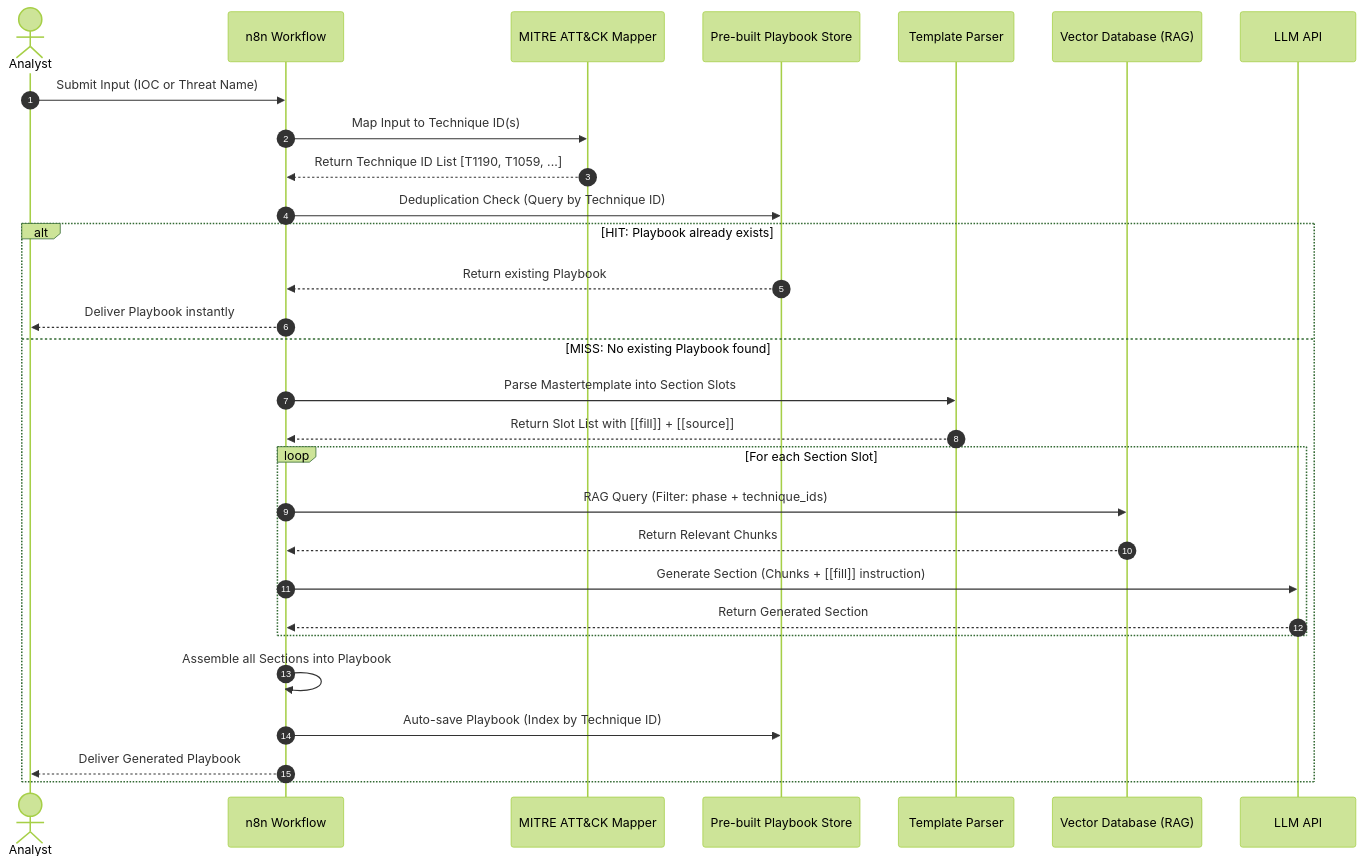
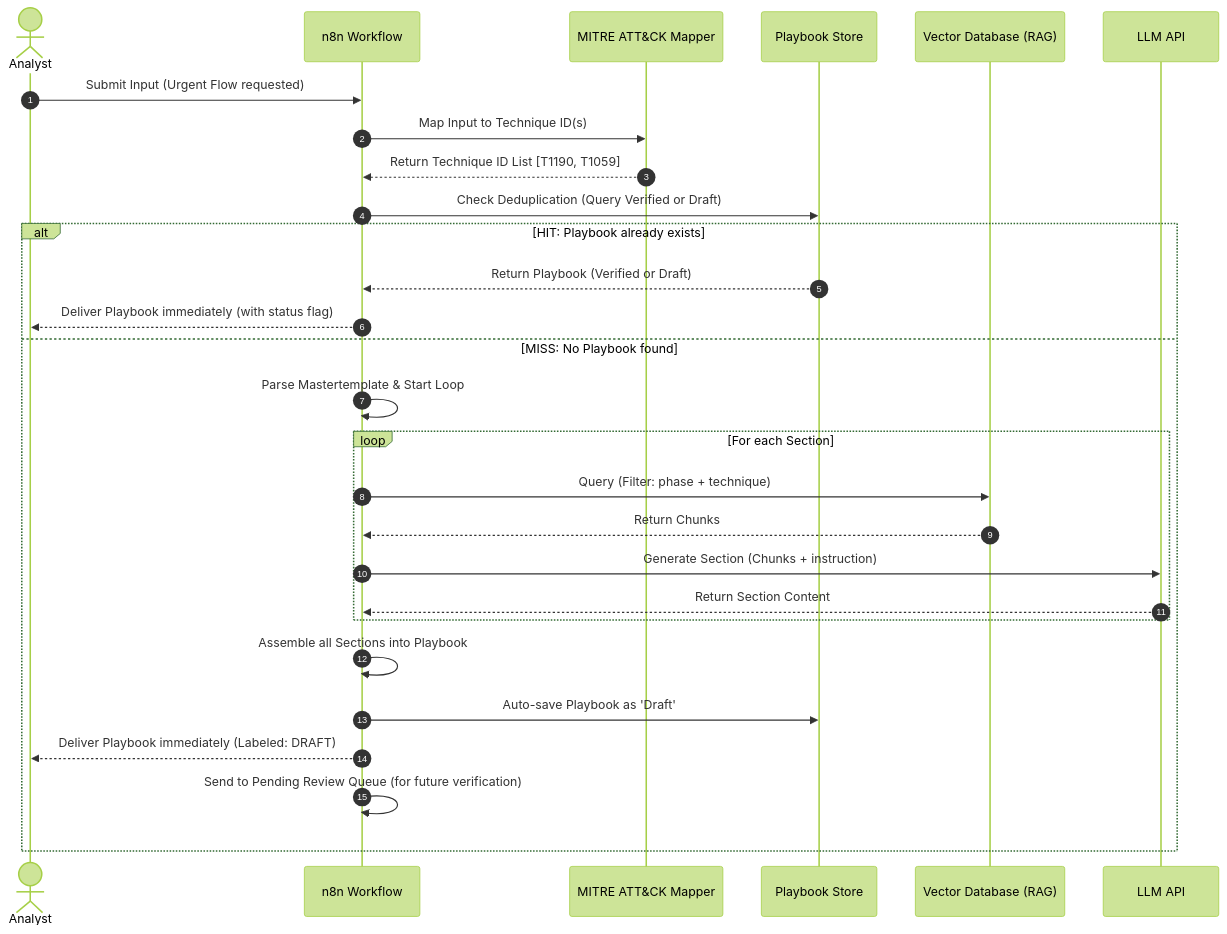
The tenth of 12 diagrams in architecture.md (Chaithawatcer/omnissiah-playbook-workflow), drawn with Mermaid (forest theme) before and after one commit. The commit also changed other lines of this file, not shown here.

Commit message:
Update architecture for Playbook Development Lifecycle and dual-flow workflows

````diff
--- a/architecture.md
+++ b/architecture.md
@@ -371,35 +445,32 @@
 ```mermaid
 sequenceDiagram
     autonumber
     actor Analyst
     participant n8n as n8n Workflow
     participant MITRE as MITRE ATT&CK Mapper
-    participant Store as Pre-built Playbook Store
-    participant Parser as Template Parser
+    participant Store as Playbook Store
     participant VDB as Vector Database (RAG)
     participant LLM as LLM API
 
-    Analyst->>n8n: Submit Input (IOC or Threat Name)
+    Analyst->>n8n: Submit Input (Urgent Flow requested)
     n8n->>MITRE: Map Input to Technique ID(s)
-    MITRE-->>n8n: Return Technique ID List [T1190, T1059, ...]
-    n8n->>Store: Deduplication Check (Query by Technique ID)
-
+    MITRE-->>n8n: Return Technique ID List [T1190, T1059]
+    n8n->>Store: Check Deduplication (Query Verified or Draft)
+    
     alt HIT: Playbook already exists
-        Store-->>n8n: Return existing Playbook
-        n8n-->>Analyst: Deliver Playbook instantly
-    else MISS: No existing Playbook found
-        n8n->>Parser: Parse Mastertemplate into Section Slots
-        Parser-->>n8n: Return Slot List with [[fill]] + [[source]]
-
-        loop For each Section Slot
-            n8n->>VDB: RAG Query (Filter: phase + technique_ids)
-            VDB-->>n8n: Return Relevant Chunks
-            n8n->>LLM: Generate Section (Chunks + [[fill]] instruction)
-            LLM-->>n8n: Return Generated Section
+        Store-->>n8n: Return Playbook (Verified or Draft)
+        n8n-->>Analyst: Deliver Playbook immediately (with status flag)
+    else MISS: No Playbook found
+        n8n->>n8n: Parse Mastertemplate & Start Loop
+        loop For each Section
+            n8n->>VDB: Query (Filter: phase + technique)
+            VDB-->>n8n: Return Chunks
+            n8n->>LLM: Generate Section (Chunks + instruction)
+            LLM-->>n8n: Return Section Content
         end
-
         n8n->>n8n: Assemble all Sections into Playbook
-        n8n->>Store: Auto-save Playbook (Index by Technique ID)
-        n8n-->>Analyst: Deliver Generated Playbook
+        n8n->>Store: Auto-save Playbook as 'Draft'
+        n8n-->>Analyst: Deliver Playbook immediately (Labeled: DRAFT)
+        n8n->>n8n: Send to Pending Review Queue (for future verification)
     end
 ```
````
